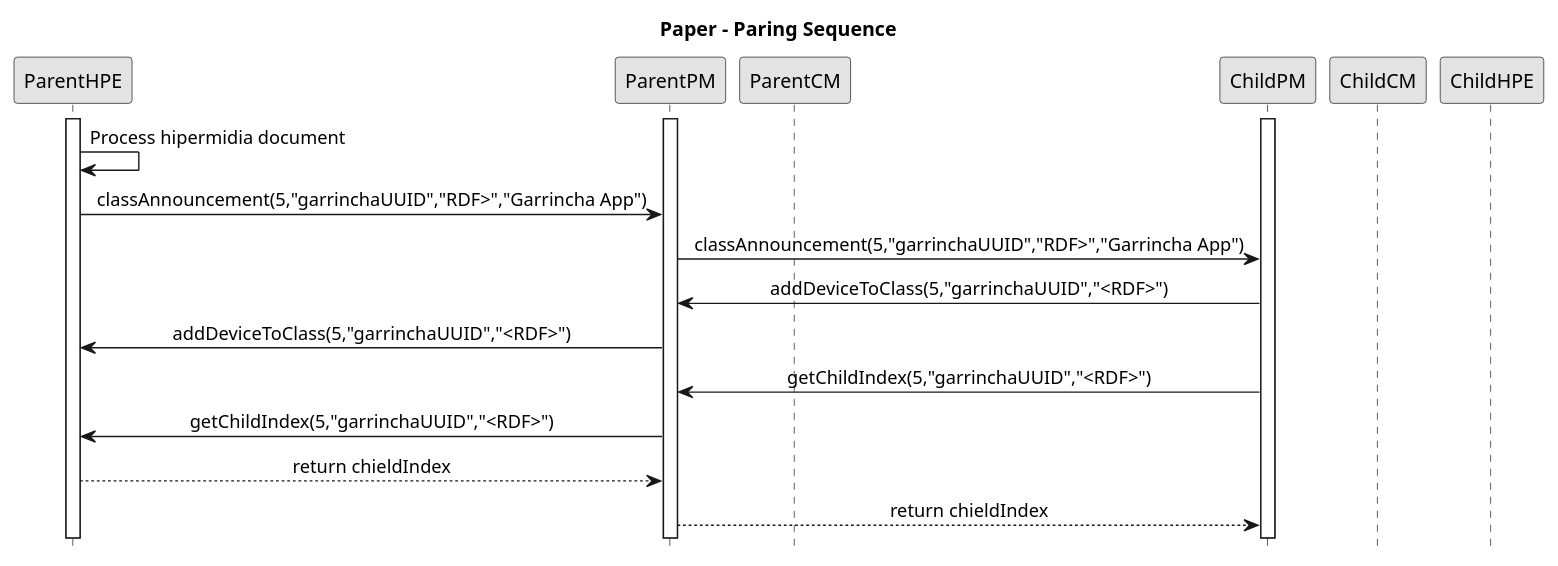
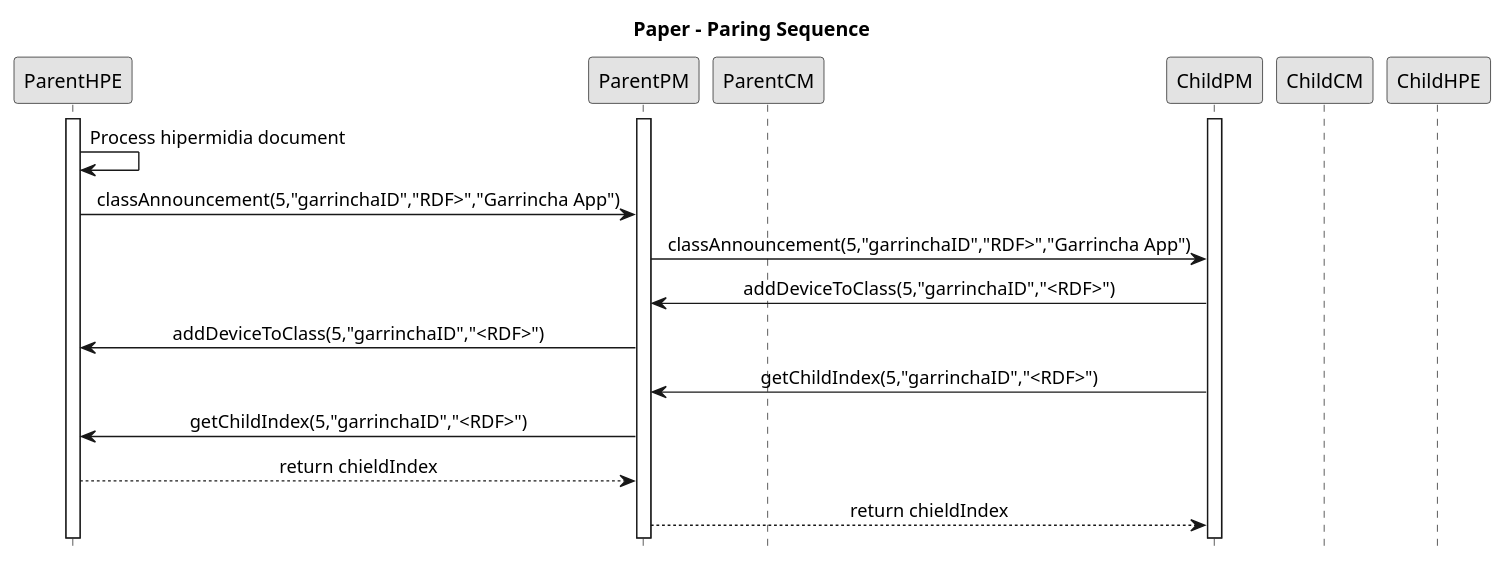
One commit to alanlivio/fsmda changed the diagram in sequence1.plantuml. Above: the diagram before and after it, drawn with PlantUML. The commit also changed 4 other files, not shown here.

Commit message:
docs: Add sequence3proposal. Trim text.

```diff
--- a/sequence1.plantuml
+++ b/sequence1.plantuml
@@ -2,29 +2,29 @@
 @startuml
 hide footbox
 skinparam monochrome true
 skinparam sequenceMessageAlign center
 
 participant ParentHPE
 participant ParentPM
 participant ParentCM
 participant ChildPM
 participant ChildCM
 participant ChildHPE
 
 '====================Paper - Paring and handling classes variables Sequence====================
 title Paper - Paring Sequence
 activate ParentHPE
 activate ParentPM
 activate ChildPM
 ParentHPE->ParentHPE: Process hipermidia document
-ParentHPE->ParentPM: classAnnouncement(5,"garrinchaUUID","RDF>","Garrincha App")
-ParentPM->ChildPM: classAnnouncement(5,"garrinchaUUID","RDF>","Garrincha App")
-ChildPM->ParentPM: addDeviceToClass(5,"garrinchaUUID","<RDF>")
-ParentPM->ParentHPE: addDeviceToClass(5,"garrinchaUUID","<RDF>")
-ChildPM->ParentPM: getChildIndex(5,"garrinchaUUID","<RDF>")
-ParentPM->ParentHPE: getChildIndex(5,"garrinchaUUID","<RDF>")
+ParentHPE->ParentPM: classAnnouncement(5,"garrinchaID","RDF>","Garrincha App")
+ParentPM->ChildPM: classAnnouncement(5,"garrinchaID","RDF>","Garrincha App")
+ChildPM->ParentPM: addDeviceToClass(5,"garrinchaID","<RDF>")
+ParentPM->ParentHPE: addDeviceToClass(5,"garrinchaID","<RDF>")
+ChildPM->ParentPM: getChildIndex(5,"garrinchaID","<RDF>")
+ParentPM->ParentHPE: getChildIndex(5,"garrinchaID","<RDF>")
 ParentHPE-->ParentPM: return chieldIndex
 ParentPM-->ChildPM: return chieldIndex
 
 '====================Ending PLANTUML params====================
 @enduml
```
